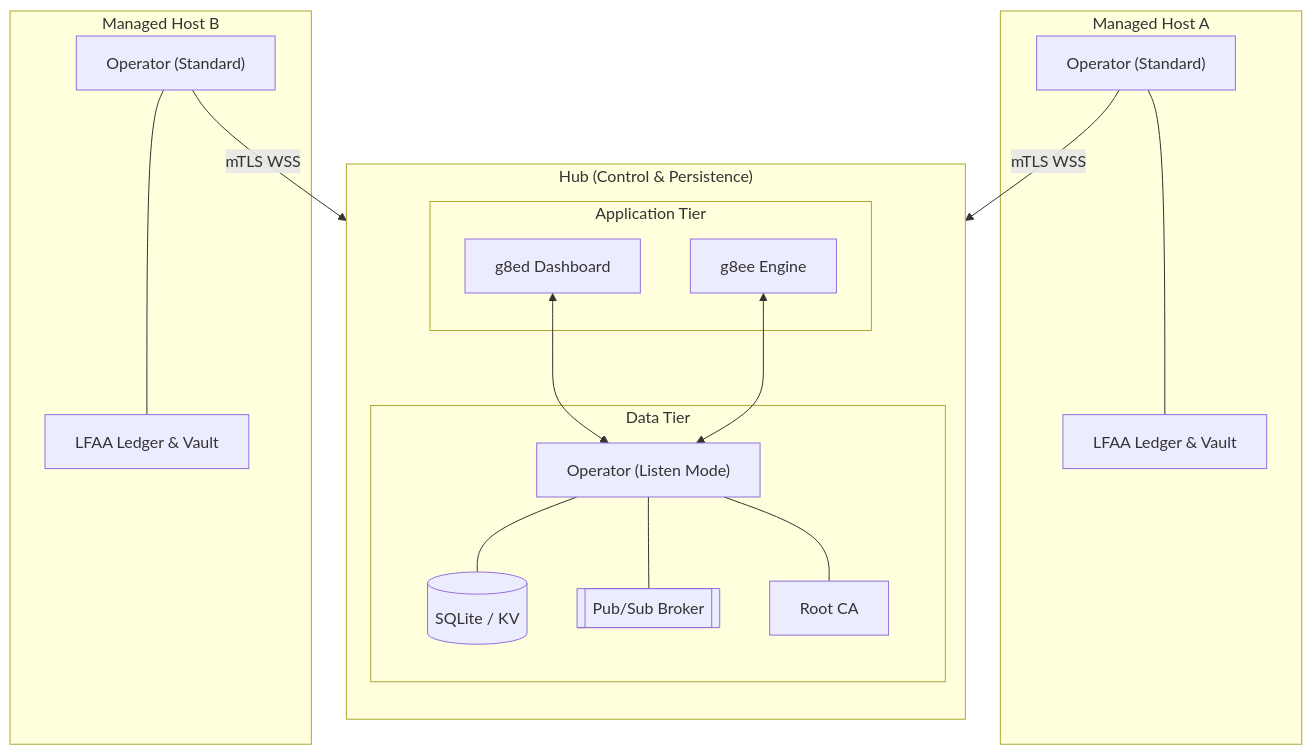
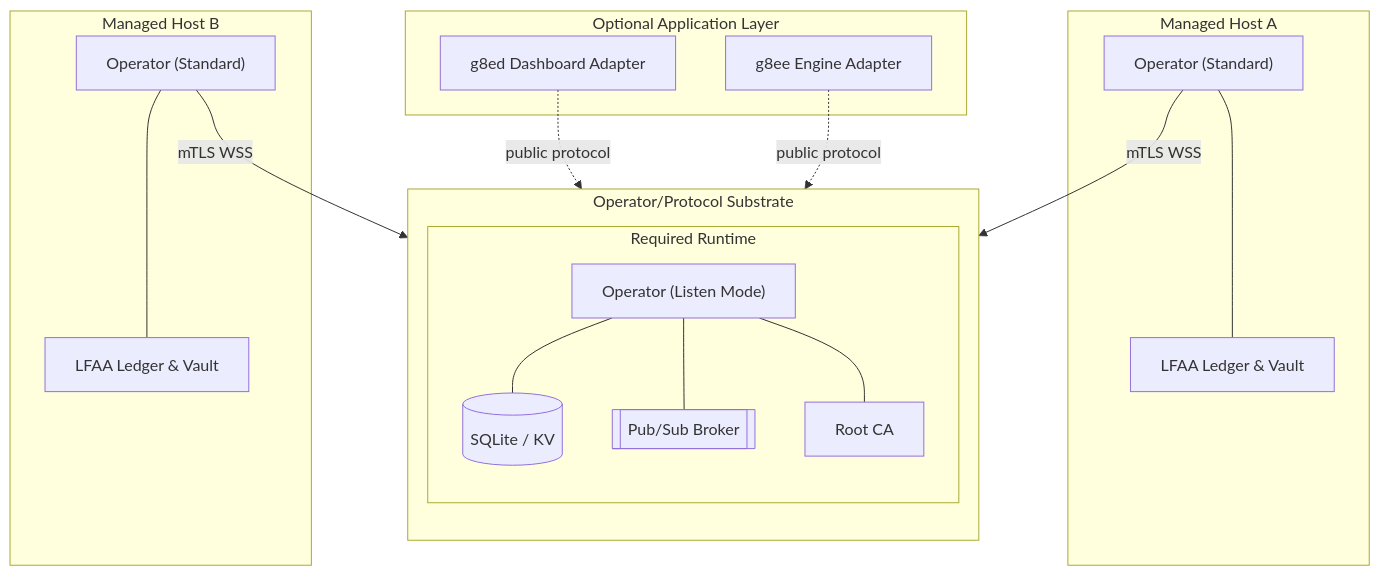
The diagram in docs/architecture/operator.md (g8e-ai/g8e), drawn with Mermaid before and after one commit. The commit also changed other lines of this file and 36 other files, not shown here.

Commit message:
cleaning up app layer speration

````diff
--- a/docs/architecture/operator.md
+++ b/docs/architecture/operator.md
@@ -25,35 +28,35 @@
 ```mermaid
 flowchart TD
-    subgraph Hub ["Hub (Control & Persistence)"]
+    subgraph Hub ["Operator/Protocol Substrate"]
         direction TB
-        subgraph App ["Application Tier"]
-            g8ed["g8ed Dashboard"]
-            g8ee["g8ee Engine"]
-        end
-
-        subgraph Persistence ["Data Tier"]
+        subgraph Persistence ["Required Runtime"]
             listen["Operator (Listen Mode)"]
             db[("SQLite / KV")]
             ps[["Pub/Sub Broker"]]
             ca["Root CA"]
             
             listen --- db
             listen --- ps
             listen --- ca
         end
+    end
 
-        g8ed <--> listen
-        g8ee <--> listen
+    subgraph Apps ["Optional Application Layer"]
+        g8ed["g8ed Dashboard Adapter"]
+        g8ee["g8ee Engine Adapter"]
     end
+
+    g8ed -. "public protocol" .-> listen
+    g8ee -. "public protocol" .-> listen
 
     subgraph EP_A ["Managed Host A"]
         OPA["Operator (Standard)"] --- LFAA_A["LFAA Ledger & Vault"]
     end
 
     subgraph EP_B ["Managed Host B"]
         OPB["Operator (Standard)"] --- LFAA_B["LFAA Ledger & Vault"]
     end
 
     OPA -- "mTLS WSS" --> listen
     OPB -- "mTLS WSS" --> listen
 ```
````
